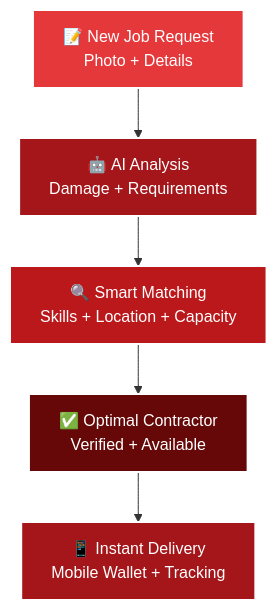
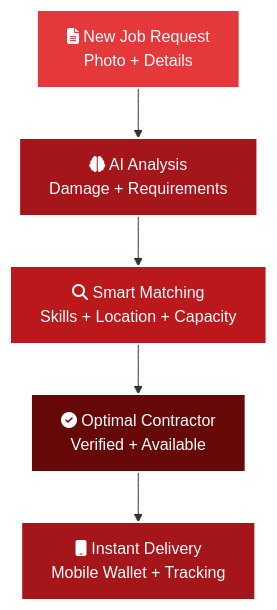
One commit to mishaal79/assigner-deck changed the fourth of 5 diagrams in assigner-deck/slides.md. Above: the diagram before and after it, drawn with Mermaid. The commit also changed other lines of this file and 4 other files, not shown here.

````diff
--- a/assigner-deck/slides.md
+++ b/assigner-deck/slides.md
@@ -536,16 +538,16 @@
 ```mermaid
 flowchart TD
-    A["📝 New Job Request<br/>Photo + Details"] --> B["🤖 AI Analysis<br/>Damage + Requirements"]
+    A["fa:fa-file-text New Job Request<br/>Photo + Details"] --> B["fa:fa-brain AI Analysis<br/>Damage + Requirements"]
 
-    B --> C["🔍 Smart Matching<br/>Skills + Location + Capacity"]
+    B --> C["fa:fa-search Smart Matching<br/>Skills + Location + Capacity"]
 
-    C --> D["✅ Optimal Contractor<br/>Verified + Available"]
+    C --> D["fa:fa-check-circle Optimal Contractor<br/>Verified + Available"]
 
-    D --> E["📱 Instant Delivery<br/>Mobile Wallet + Tracking"]
+    D --> E["fa:fa-mobile Instant Delivery<br/>Mobile Wallet + Tracking"]
 
     style A fill:#E5383B,stroke:#FFFFFF,stroke-width:2px,color:#FFFFFF
     style B fill:#A4161A,stroke:#FFFFFF,stroke-width:2px,color:#FFFFFF
     style C fill:#BA181B,stroke:#FFFFFF,stroke-width:2px,color:#FFFFFF
     style D fill:#660708,stroke:#FFFFFF,stroke-width:2px,color:#FFFFFF
     style E fill:#A4161A,stroke:#FFFFFF,stroke-width:2px,color:#FFFFFF
 ```
````
